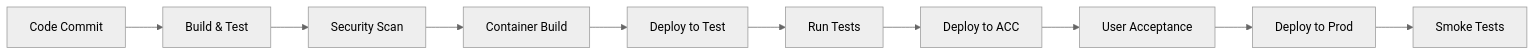
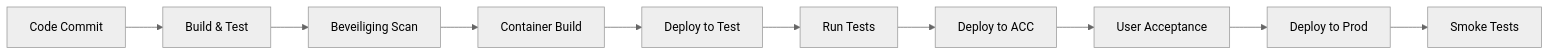
Before and after one commit to Chris-Lehnen-ICT-CONSULTING/Definitie-app-zakelijk: diagram 12 of 12 in docs/architectuur/templates/SOLUTION_ARCHITECTURE_TEMPLATE.md, drawn with Mermaid (neutral theme). The commit also changed other lines of this file and 707 other files, not shown here.

````diff
--- a/docs/architectuur/templates/SOLUTION_ARCHITECTURE_TEMPLATE.md
+++ b/docs/architectuur/templates/SOLUTION_ARCHITECTURE_TEMPLATE.md
@@ -713,12 +718,12 @@
 ```mermaid
 graph LR
     CODE[Code Commit] --> BUILD[Build & Test]
-    BUILD --> SCAN[Security Scan]
+    BUILD --> SCAN[Beveiliging Scan]
     SCAN --> PACKAGE[Container Build]
     PACKAGE --> DEPLOY_TEST[Deploy to Test]
     DEPLOY_TEST --> TEST[Run Tests]
     TEST --> DEPLOY_ACC[Deploy to ACC]
     DEPLOY_ACC --> UAT[User Acceptance]
     UAT --> DEPLOY_PROD[Deploy to Prod]
     DEPLOY_PROD --> VERIFY[Smoke Tests]
 ```
````
